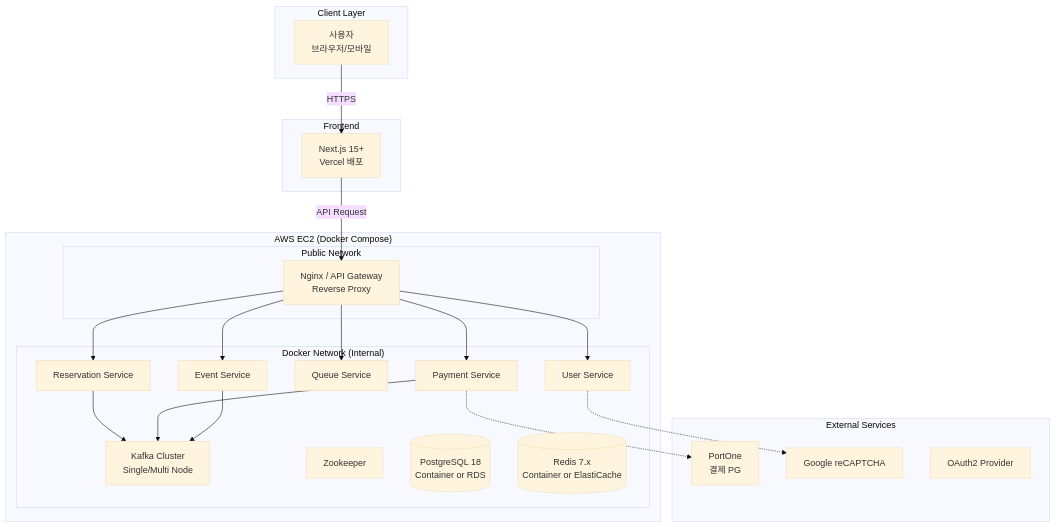
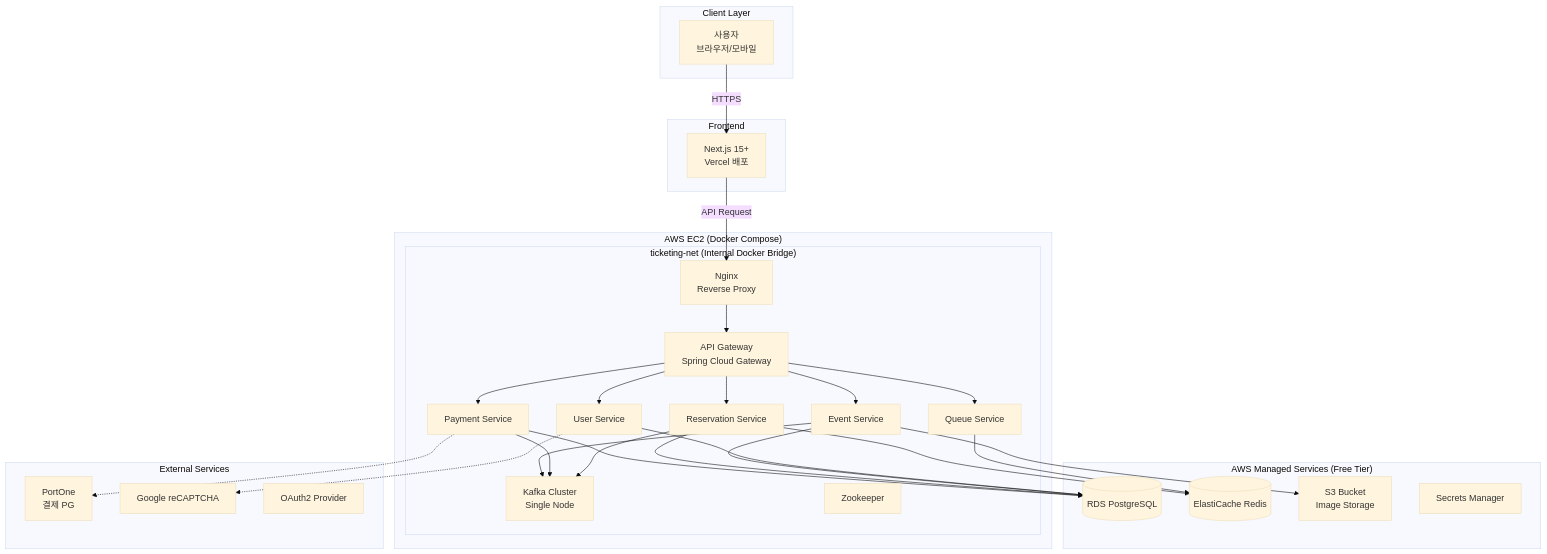
Before and after one commit to paircoders/ticket-queue: the diagram in docs/architecture/03_infrastructure.md, drawn with Mermaid (base theme). The commit also changed other lines of this file, not shown here.

````diff
--- a/docs/architecture/03_infrastructure.md
+++ b/docs/architecture/03_infrastructure.md
@@ -12,51 +12,64 @@
 ```mermaid
 graph TB
     subgraph "Client Layer"
         User[사용자<br/>브라우저/모바일]
     end
 
     subgraph "Frontend"
         NextJS[Next.js 15+<br/>Vercel 배포]
     end
 
+    subgraph "AWS Managed Services (Free Tier)"
+        RDS[(RDS PostgreSQL)]
+        Redis[(ElastiCache Redis)]
+        S3[S3 Bucket<br/>Image Storage]
+        Secrets[Secrets Manager]
+    end
+
     subgraph "AWS EC2 (Docker Compose)"
-        subgraph "Public Network"
-            Nginx[Nginx / API Gateway<br/>Reverse Proxy]
-        end
-
-        subgraph "Docker Network (Internal)"
+        subgraph "ticketing-net (Internal Docker Bridge)"
+            Nginx[Nginx<br/>Reverse Proxy]
+            SCG[API Gateway<br/>Spring Cloud Gateway]
+            
             User_Svc[User Service]
             Event_Svc[Event Service]
             Queue_Svc[Queue Service]
             Reservation_Svc[Reservation Service]
             Payment_Svc[Payment Service]
 
-            Kafka[Kafka Cluster<br/>Single/Multi Node]
+            Kafka[Kafka Cluster<br/>Single Node]
             Zookeeper[Zookeeper]
-            
-            RDS[(PostgreSQL 18<br/>Container or RDS)]
-            Redis[(Redis 7.x<br/>Container or ElastiCache)]
         end
     end
 
     subgraph "External Services"
         PortOne[PortOne<br/>결제 PG]
         reCAPTCHA[Google reCAPTCHA]
         OAuth2[OAuth2 Provider]
     end
 
     User -->|HTTPS| NextJS
     NextJS -->|API Request| Nginx
-    Nginx --> User_Svc
-    Nginx --> Event_Svc
-    Nginx --> Queue_Svc
-    Nginx --> Reservation_Svc
-    Nginx --> Payment_Svc
+    Nginx --> SCG
+    SCG --> User_Svc
+    SCG --> Event_Svc
+    SCG --> Queue_Svc
+    SCG --> Reservation_Svc
+    SCG --> Payment_Svc
 
     Reservation_Svc --> Kafka
     Payment_Svc --> Kafka
     Event_Svc --> Kafka
 
     User_Svc -.-> reCAPTCHA
     Payment_Svc -.-> PortOne
+
+    User_Svc --> RDS
+    Event_Svc --> RDS
+    Queue_Svc --> Redis
+    Reservation_Svc --> Redis
+    Reservation_Svc --> RDS
+    Payment_Svc --> RDS
+    
+    Event_Svc --> S3
 ```
````
